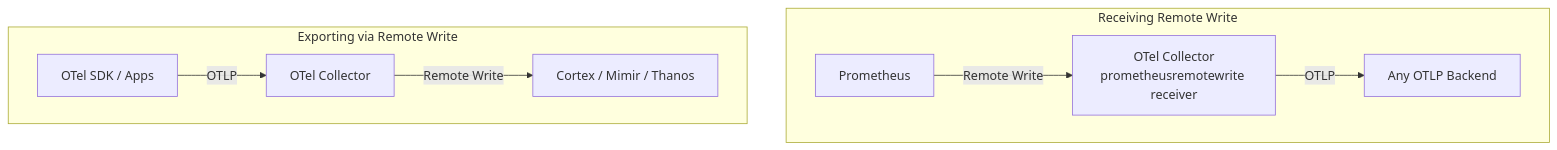
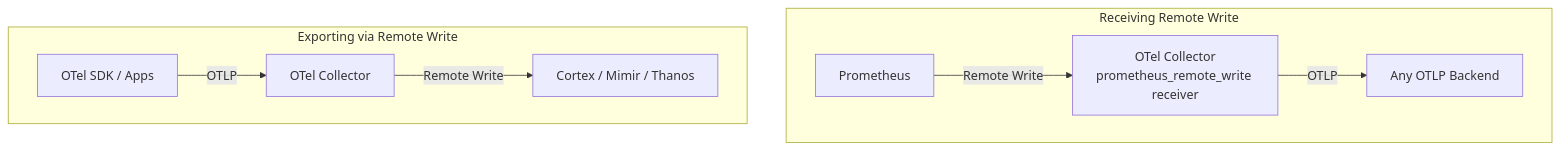
The diagram in posts/2026-02-06-prometheus-remote-write-opentelemetry-collector/README.md (OneUptime/blog), drawn with Mermaid before and after one commit. The commit also changed other lines of this file and 2 other files, not shown here.

Commit message:
validate: 2026-02-06-prometheus-remote-write-opentelemetry-collector

````diff
--- a/posts/2026-02-06-prometheus-remote-write-opentelemetry-collector/README.md
+++ b/posts/2026-02-06-prometheus-remote-write-opentelemetry-collector/README.md
@@ -21,12 +21,12 @@
 ```mermaid
 graph TD
     subgraph "Receiving Remote Write"
-        P1[Prometheus] -->|Remote Write| C1[OTel Collector<br/>prometheusremotewrite receiver]
+        P1[Prometheus] -->|Remote Write| C1[OTel Collector<br/>prometheus_remote_write receiver]
         C1 -->|OTLP| B1[Any OTLP Backend]
     end
 
     subgraph "Exporting via Remote Write"
         A2[OTel SDK / Apps] -->|OTLP| C2[OTel Collector]
         C2 -->|Remote Write| B2[Cortex / Mimir / Thanos]
     end
 ```
````
